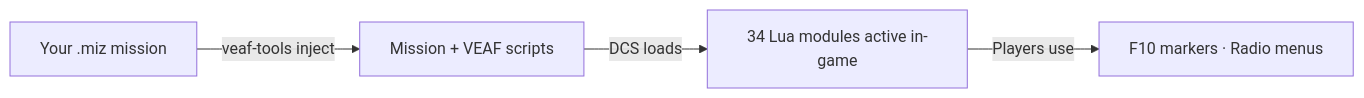
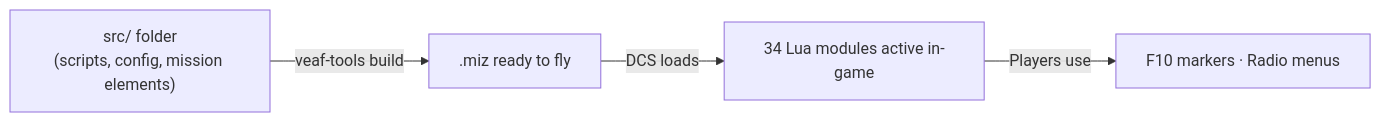
Before and after one commit to VEAF/VEAF-Mission-Creation-Tools: the diagram in doc/README.md, drawn with Mermaid. The commit also changed other lines of this file and 1 other file, not shown here.

First line of the commit message:
fix(doc): correct Home 'How It Works' diagram

````diff
--- a/doc/README.md
+++ b/doc/README.md
@@ -23,6 +23,6 @@
 ```mermaid
 flowchart LR
-    A["Your .miz mission"] -->|veaf-tools inject| B["Mission + VEAF scripts"]
+    A["src/ folder<br/>(scripts, config, mission elements)"] -->|veaf-tools build| B[".miz ready to fly"]
     B -->|DCS loads| C["34 Lua modules active in-game"]
     C -->|Players use| D["F10 markers · Radio menus"]
 ```
````
